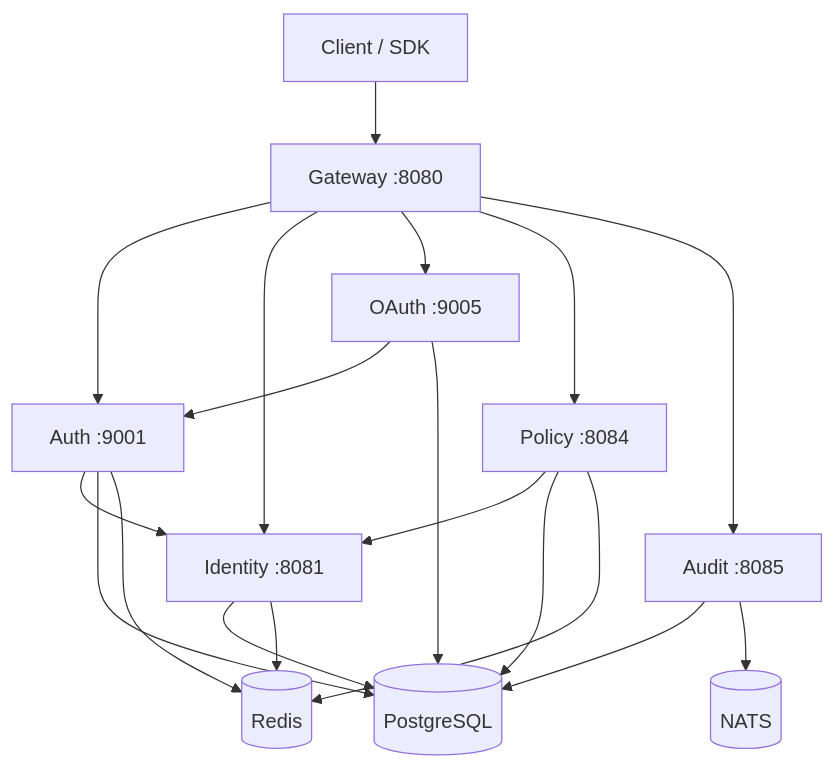
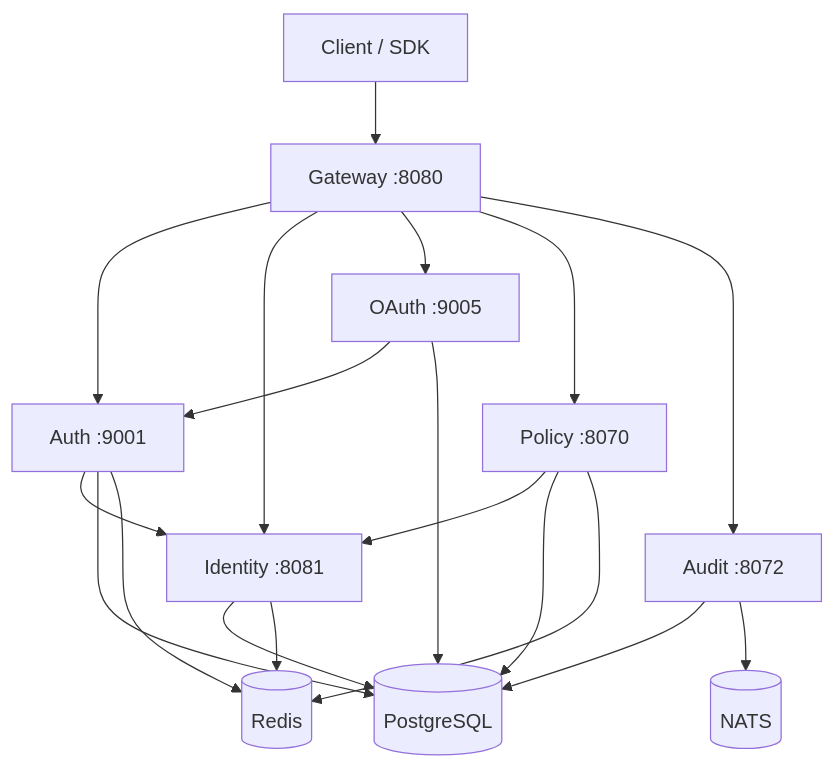
One commit to topcheer/ggid changed the diagram in README.md. Above: the diagram before and after it, drawn with Mermaid. The commit also changed other lines of this file, not shown here.

Commit message:
fix(readme): Correct ports in arch diagram + fix login curl (username not email, add X-Tenant-ID)

````diff
--- a/README.md
+++ b/README.md
@@ -79,32 +81,32 @@
 ```mermaid
 graph TB
     Client[Client / SDK]
     GW[Gateway :8080]
     Auth[Auth :9001]
     ID[Identity :8081]
     OAuth[OAuth :9005]
-    Policy[Policy :8084]
-    Audit[Audit :8085]
+    Policy[Policy :8070]
+    Audit[Audit :8072]
     PG[(PostgreSQL)]
     Redis[(Redis)]
     NATS[(NATS)]
 
     Client --> GW
     GW --> Auth
     GW --> ID
     GW --> OAuth
     GW --> Policy
     Auth --> ID
     OAuth --> Auth
     Policy --> ID
     GW --> Audit
     ID --> PG
     Auth --> PG
     OAuth --> PG
     Policy --> PG
     Audit --> PG
     Auth --> Redis
     ID --> Redis
     Policy --> Redis
     Audit --> NATS
 ```
````
